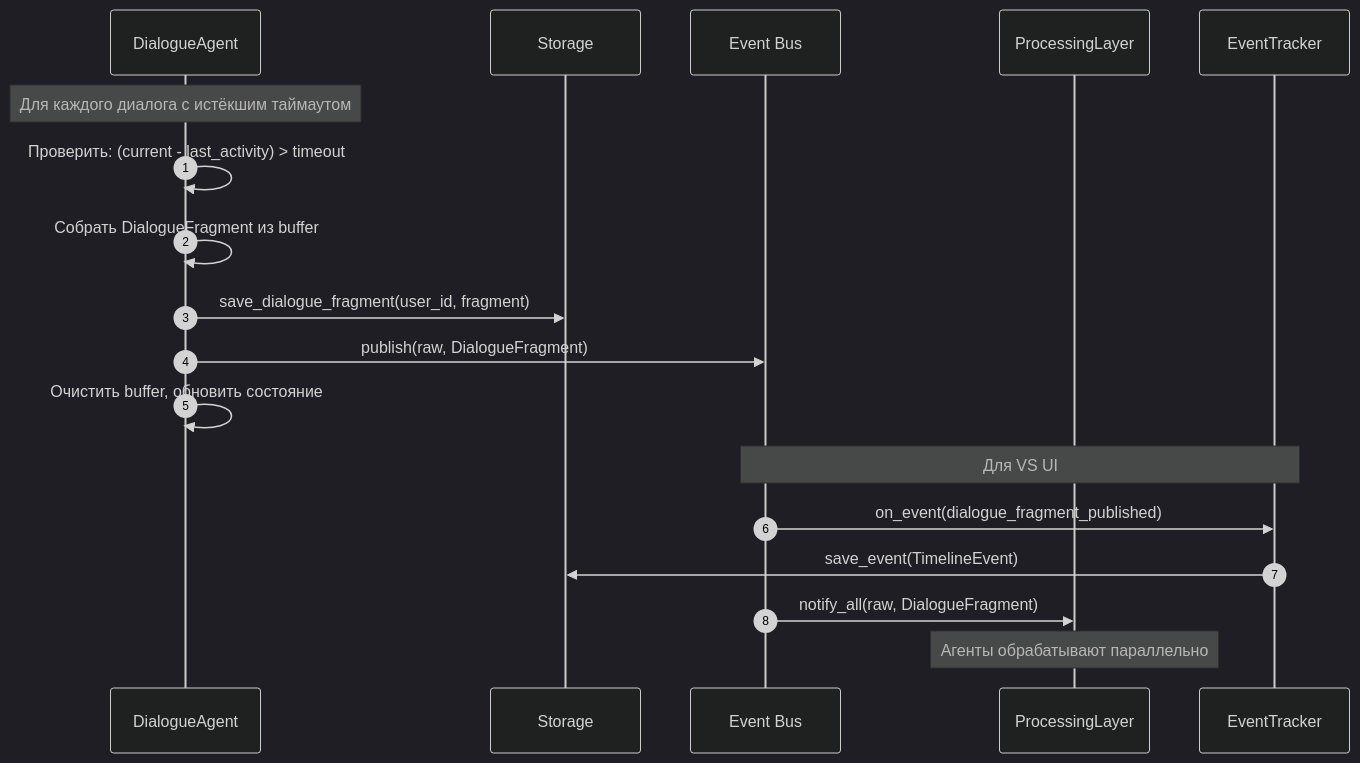
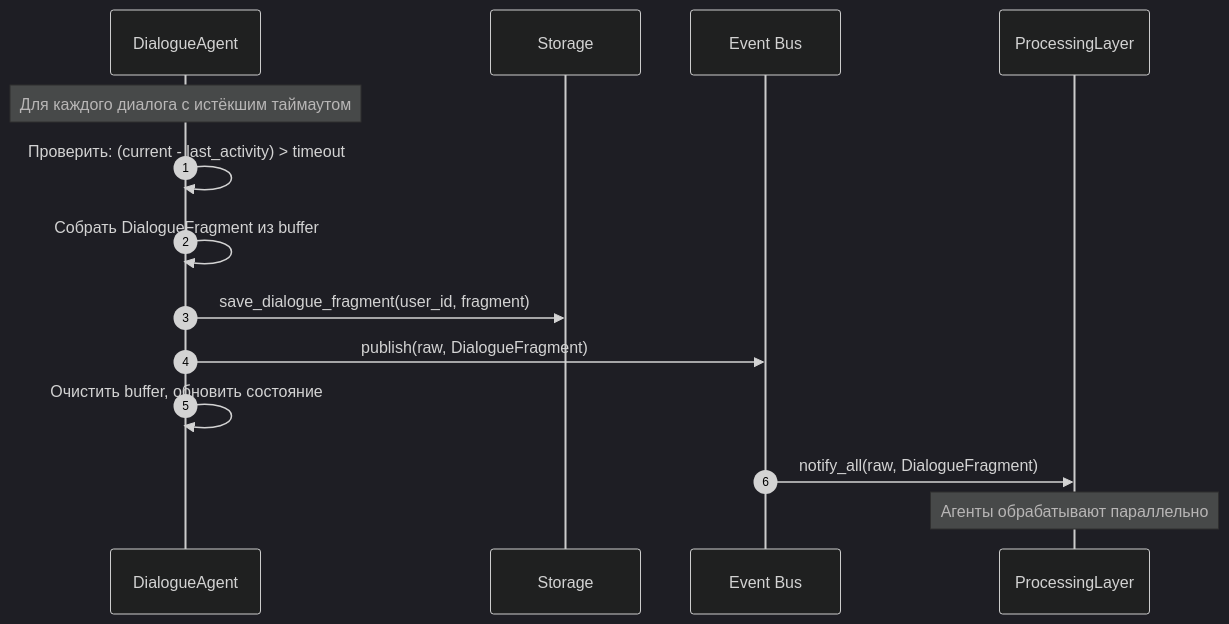
Before and after one commit to Dieugene/team-assistant: the fourth of 13 diagrams in 00_docs/architecture/runtime_architecture.md, drawn with Mermaid (dark theme). The commit also changed other lines of this file, not shown here.

First line of the commit message:
Refine runtime architecture

````diff
--- a/00_docs/architecture/runtime_architecture.md
+++ b/00_docs/architecture/runtime_architecture.md
@@ -229,24 +209,19 @@
 ```mermaid
 sequenceDiagram
     autonumber
     participant DA as DialogueAgent
     participant Storage as Storage
     participant EB as Event Bus
     participant PL as ProcessingLayer
-    participant ET as EventTracker
 
     Note over DA: Для каждого диалога с истёкшим таймаутом
 
     DA->>DA: Проверить: (current - last_activity) > timeout
     DA->>DA: Собрать DialogueFragment из buffer
     DA->>Storage: save_dialogue_fragment(user_id, fragment)
     DA->>EB: publish(raw, DialogueFragment)
     DA->>DA: Очистить buffer, обновить состояние
 
-    Note over ET,EB: Для VS UI
-    EB->>ET: on_event(dialogue_fragment_published)
-    ET->>Storage: save_event(TimelineEvent)
-
     EB->>PL: notify_all(raw, DialogueFragment)
     Note over PL: Агенты обрабатывают параллельно
 ```
````
